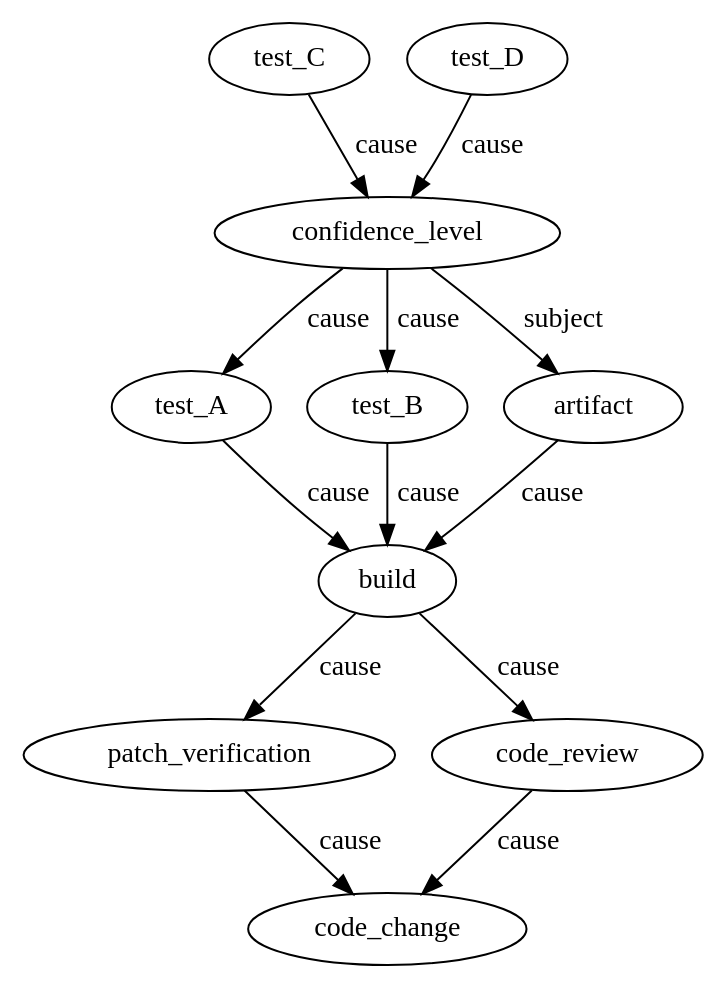
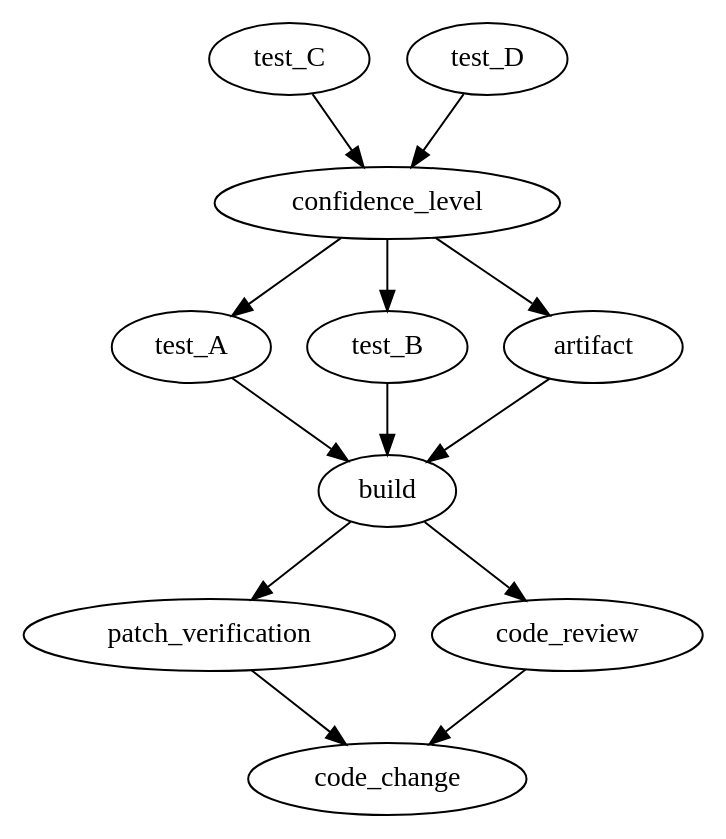
Before and after one commit to nusic/Visualization-as-decision-support-in-CI: the diagram in graph_templates/template.dot, drawn with Graphviz. The commit also changed 11 other files, not shown here.

Commit message:
Graphs edges declares its types instead of its labels. Fixes #11

```diff
--- a/graph_templates/template.dot
+++ b/graph_templates/template.dot
@@ -1,25 +1,25 @@
 strict digraph {
   code_change [probability=1, stop_probability=0.1]
   patch_verification [probability=0.9, pass_probability=0.9]
   code_review [probability=0.4, pass_probability=0.9]
   build [probability=0.9, pass_probability=0.9, stop_probability=0.1]
   test_A [probability=0.9, pass_probability=0.7]
   test_B [probability=0.6, pass_probability=0.9]
   artifact []
   confidence_level [probability=1, stop_probability=0.1]
   test_C [probability=0.9, pass_probability=0.8]
   test_D [probability=0.9, pass_probability=0.5]
 
-  code_review -> code_change [label=cause]
-  patch_verification -> code_change [label=cause]
-  build -> code_review [label=cause]
-  build -> patch_verification  [label=cause]
-  test_A -> build [label=cause]
-  test_B -> build [label=cause]
-  artifact -> build [label=cause]
-  confidence_level -> test_A [label=cause]
-  confidence_level -> test_B [label=cause]
-  confidence_level -> artifact [label=subject]
-  test_C -> confidence_level [label=cause]
-  test_D -> confidence_level [label=cause]
+  code_review -> code_change [type=cause]
+  patch_verification -> code_change [type=cause]
+  build -> code_review [type=cause]
+  build -> patch_verification  [type=cause]
+  test_A -> build [type=cause]
+  test_B -> build [type=cause]
+  artifact -> build [type=cause]
+  confidence_level -> test_A [type=cause]
+  confidence_level -> test_B [type=cause]
+  confidence_level -> artifact [type=subject]
+  test_C -> confidence_level [type=cause]
+  test_D -> confidence_level [type=cause]
 }
```
